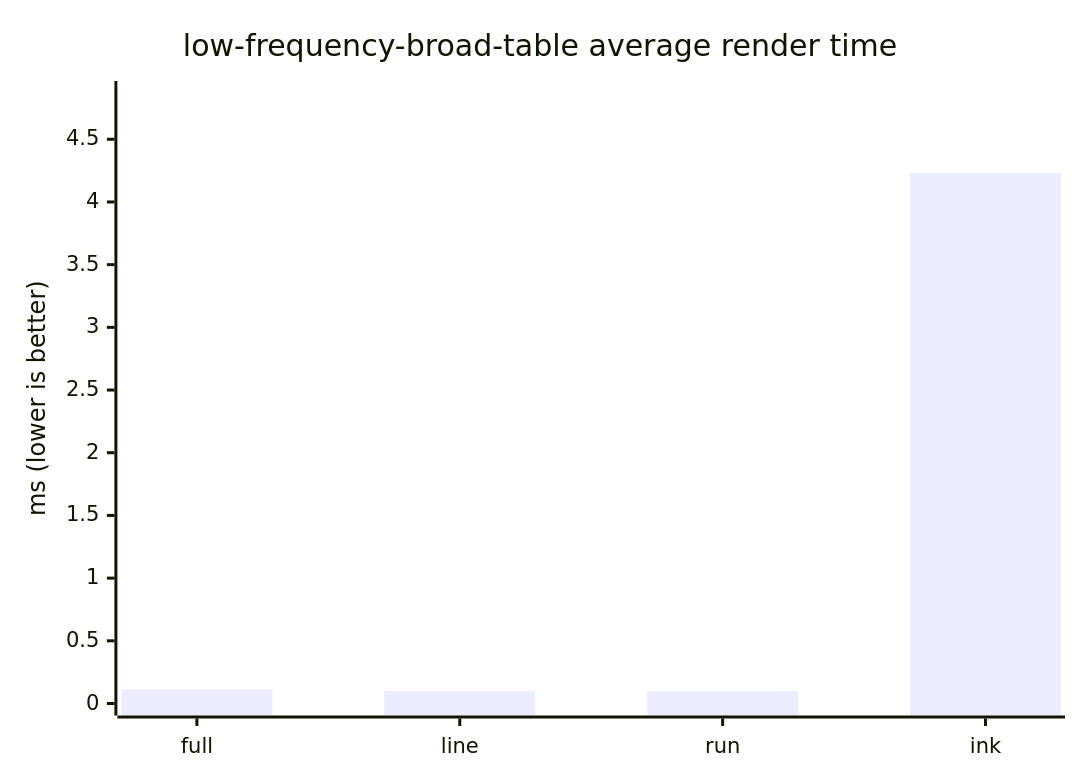
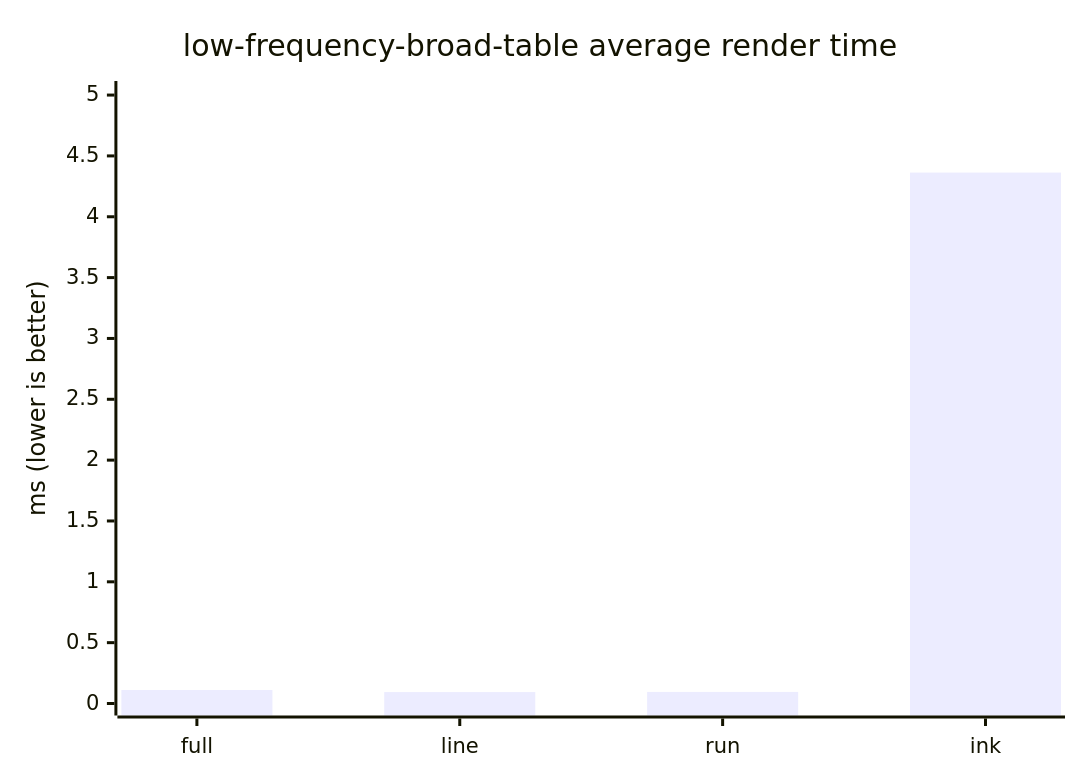
The fifth of 10 diagrams in docs/benchmark.md (ByteLandTechnology/tinky), drawn with Mermaid before and after one commit. The commit also changed other lines of this file and 13 other files, not shown here.

````diff
--- a/docs/benchmark.md
+++ b/docs/benchmark.md
@@ -106,7 +106,7 @@
 ```mermaid
 xychart-beta
     title "low-frequency-broad-table average render time"
     x-axis ["full", "line", "run", "ink"]
-    y-axis "ms (lower is better)" 0 --> 4.869
-    bar [0.113, 0.1, 0.099, 4.234]
+    y-axis "ms (lower is better)" 0 --> 5.017
+    bar [0.111, 0.094, 0.095, 4.363]
 ```
````
